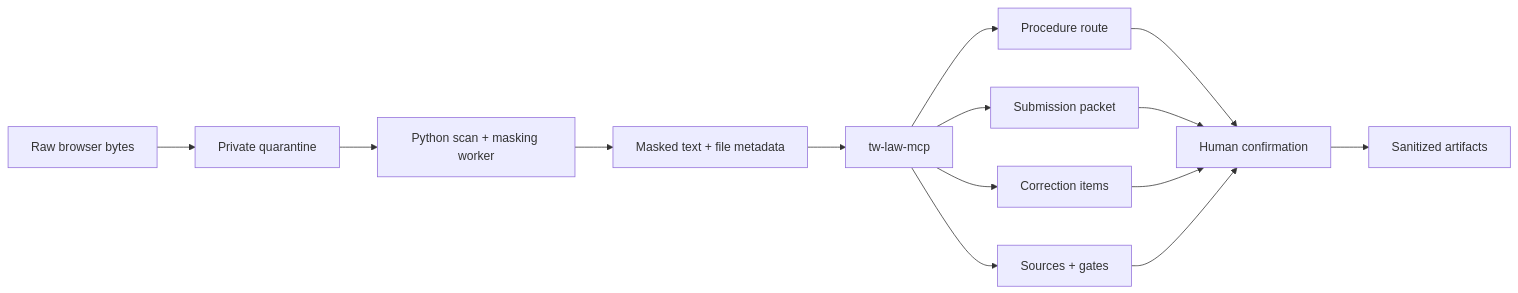
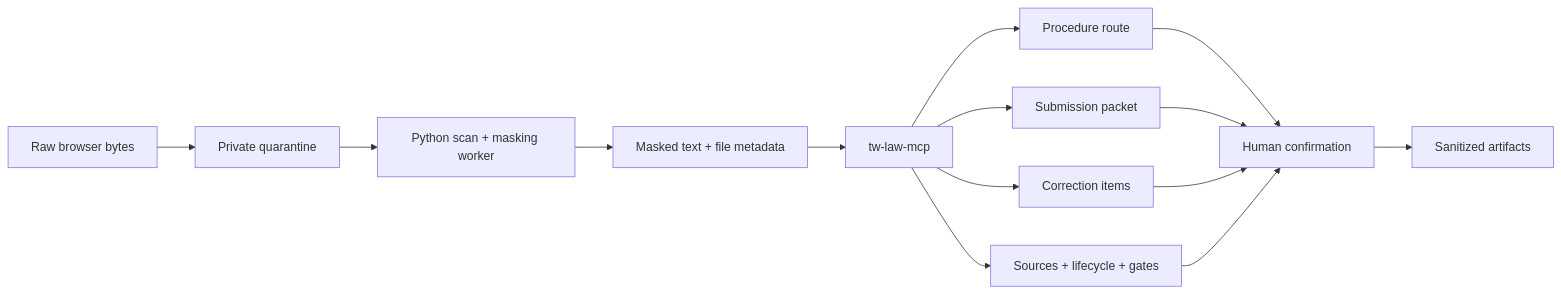
One commit to trionnemesis/cc-crossbeam-tw changed the diagram in README.md. Above: the diagram before and after it, drawn with Mermaid. The commit also changed other lines of this file and 7 other files, not shown here.

````diff
--- a/README.md
+++ b/README.md
@@ -65,17 +67,17 @@
 ```mermaid
 flowchart LR
     A[Masked text + file metadata] --> B[tw-law-mcp]
     B --> C[Procedure route]
     B --> D[Submission packet]
     B --> E[Correction items]
-    B --> F[Sources + gates]
+    B --> F[Sources + lifecycle + gates]
     C --> G[Human confirmation]
     D --> G
     E --> G
     F --> G
 
     R[Raw browser bytes] --> Q[Private quarantine]
     Q --> W[Python scan + masking worker]
     W --> A
     G --> S[Sanitized artifacts]
 ```
````
